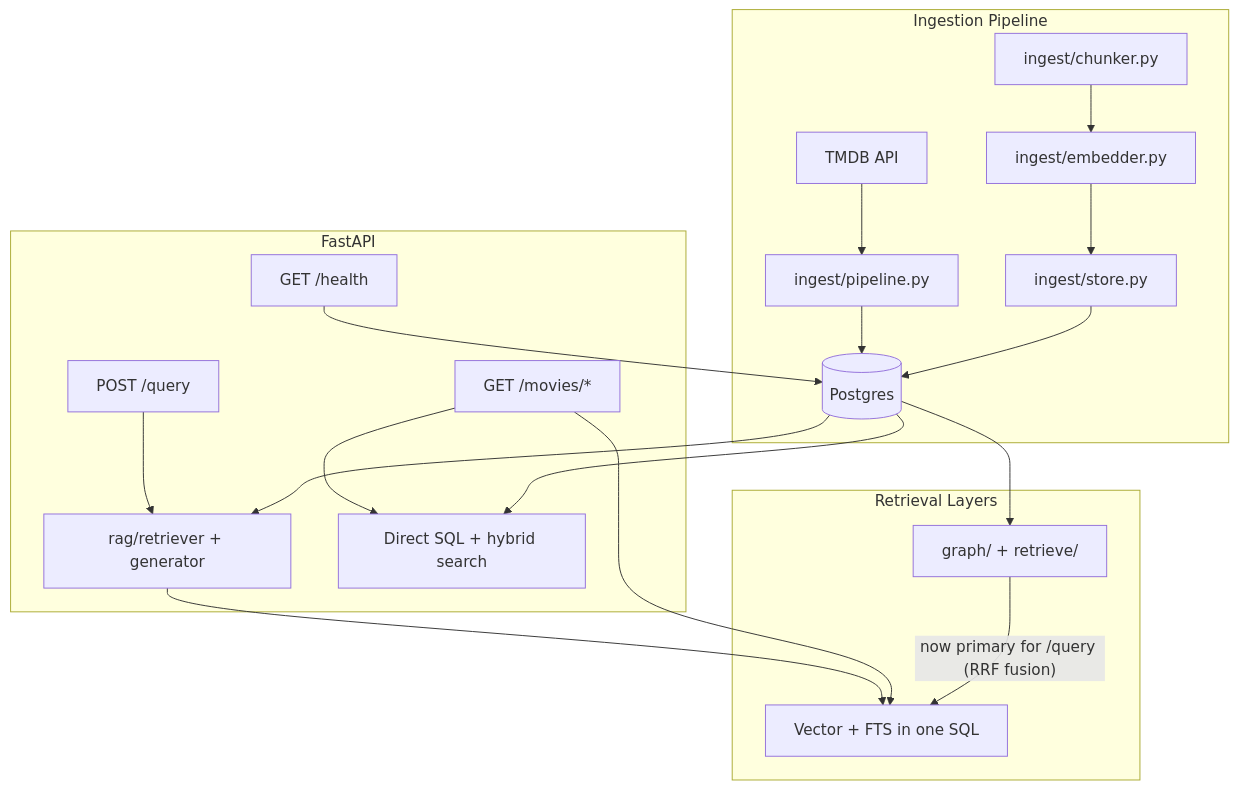
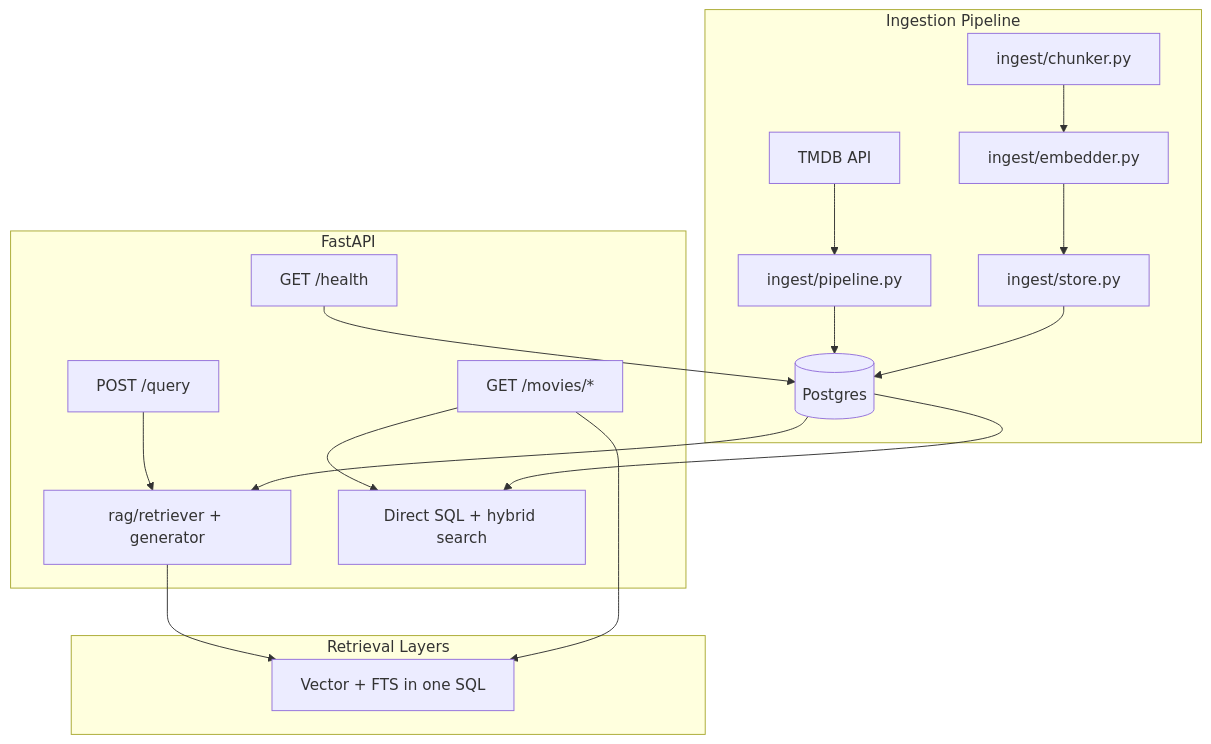
Before and after one commit to VamshiKrishna010/Movie-rag: the diagram in README.md, drawn with Mermaid. The commit also changed other lines of this file and 14 other files, not shown here.

Commit message:
Removed graph retriver

````diff
--- a/README.md
+++ b/README.md
@@ -76,26 +74,24 @@
 ```mermaid
 flowchart TB
     subgraph ingest [Ingestion Pipeline]
         TMDB[TMDB API] --> Pipeline[ingest/pipeline.py]
         Pipeline --> PG[(Postgres)]
         Chunker[ingest/chunker.py] --> Embedder[ingest/embedder.py]
         Embedder --> Store[ingest/store.py]
         Store --> PG
     end
 
     subgraph api [FastAPI]
         Query["POST /query"] --> RAG[rag/retriever + generator]
         Movies["GET /movies/*"] --> SQL[Direct SQL + hybrid search]
         Health["GET /health"] --> PG
     end
 
     subgraph retrieval [Retrieval Layers]
         RAG --> HybridSQL[Vector + FTS in one SQL]
         Movies --> HybridSQL
-        GraphLayer[graph/ + retrieve/] -->|"now primary for /query (RRF fusion)"| HybridSQL
     end
 
     PG --> RAG
     PG --> SQL
-    PG --> GraphLayer
 ```
````
